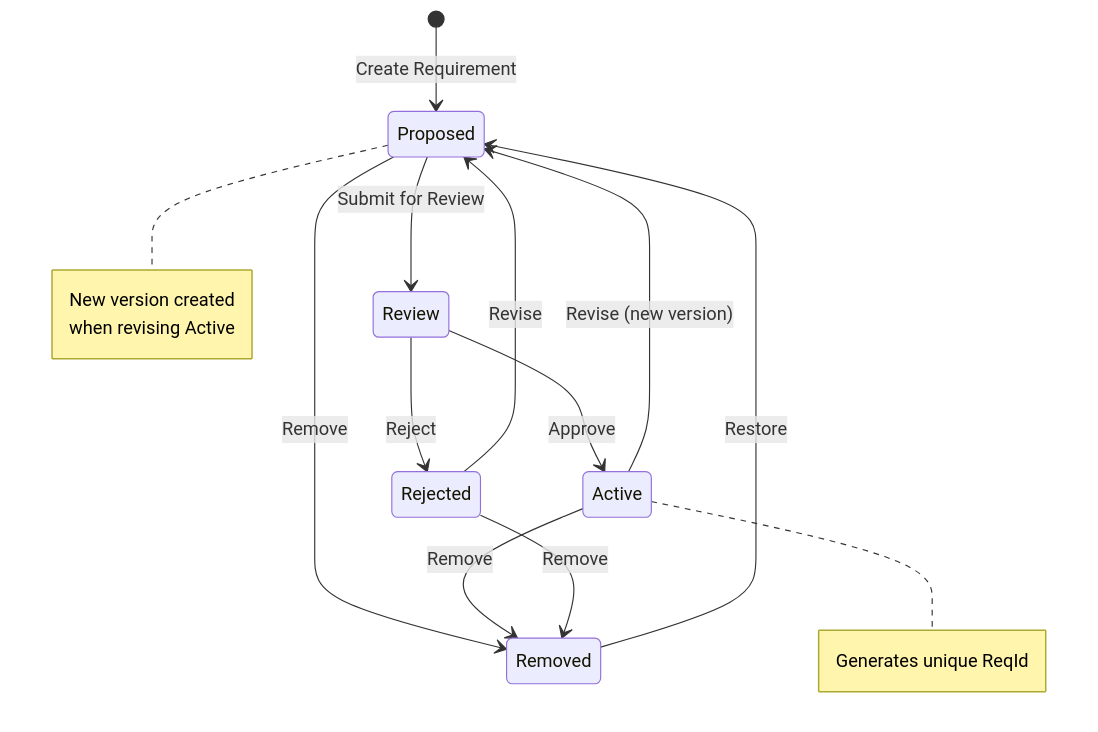
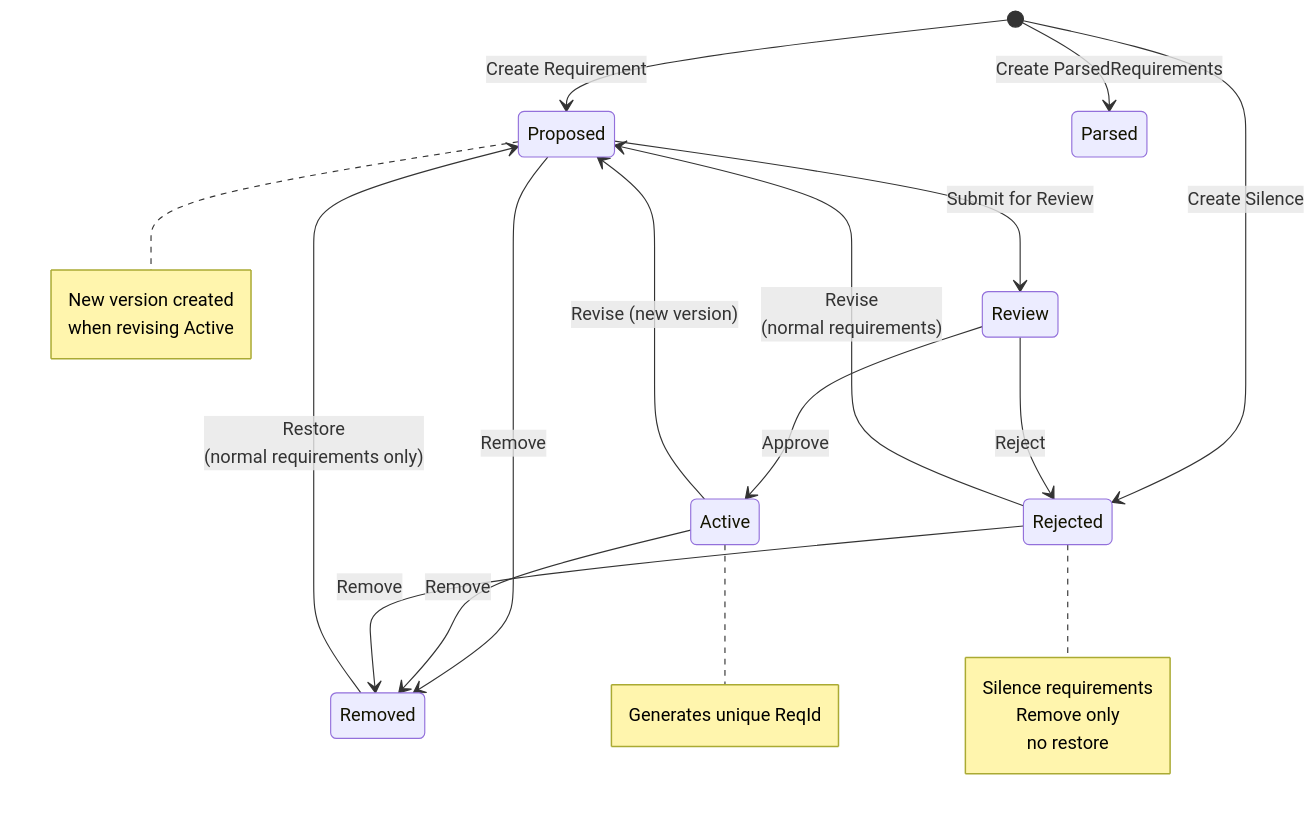
One commit to final-hill/cathedral changed the diagram in CONTRIBUTING.md. Above: the diagram before and after it, drawn with Mermaid. The commit also changed other lines of this file and 10 other files, not shown here.

First line of the commit message:
Add support for ParsedRequirements with unique workflow behavior

````diff
--- a/CONTRIBUTING.md
+++ b/CONTRIBUTING.md
@@ -153,21 +167,24 @@
 ```mermaid
 stateDiagram-v2
     [*] --> Proposed : Create Requirement
+    [*] --> Rejected : Create Silence
+    [*] --> Parsed : Create ParsedRequirements
 
     Proposed --> Review : Submit for Review
     Proposed --> Removed : Remove
 
     Review --> Active : Approve
     Review --> Rejected : Reject
 
     Active --> Proposed : Revise (new version)
     Active --> Removed : Remove
 
-    Rejected --> Proposed : Revise
+    Rejected --> Proposed : Revise<br>(normal requirements)
     Rejected --> Removed : Remove
 
-    Removed --> Proposed : Restore
+    Removed --> Proposed : Restore<br>(normal requirements only)
 
     note right of Active : Generates unique ReqId
     note right of Proposed : New version created<br>when revising Active
+    note right of Rejected : Silence requirements<br>Remove only<br>no restore
 ```
````
